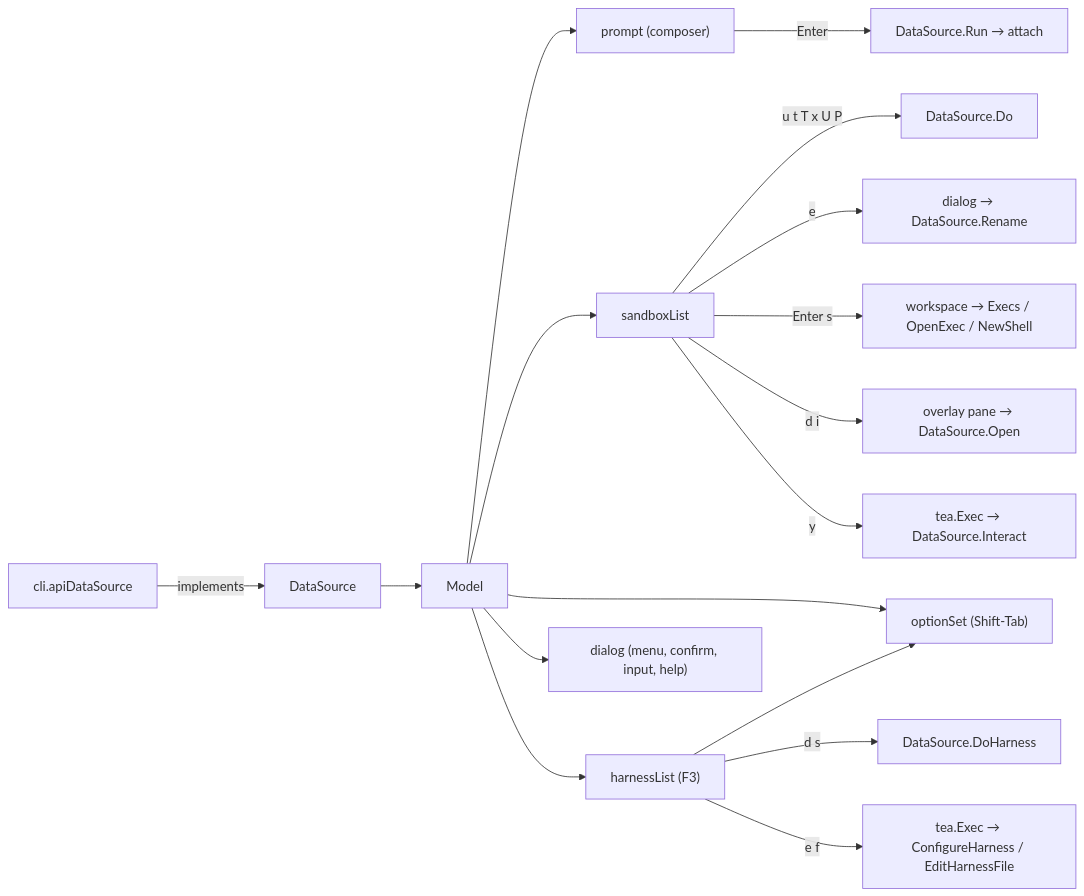
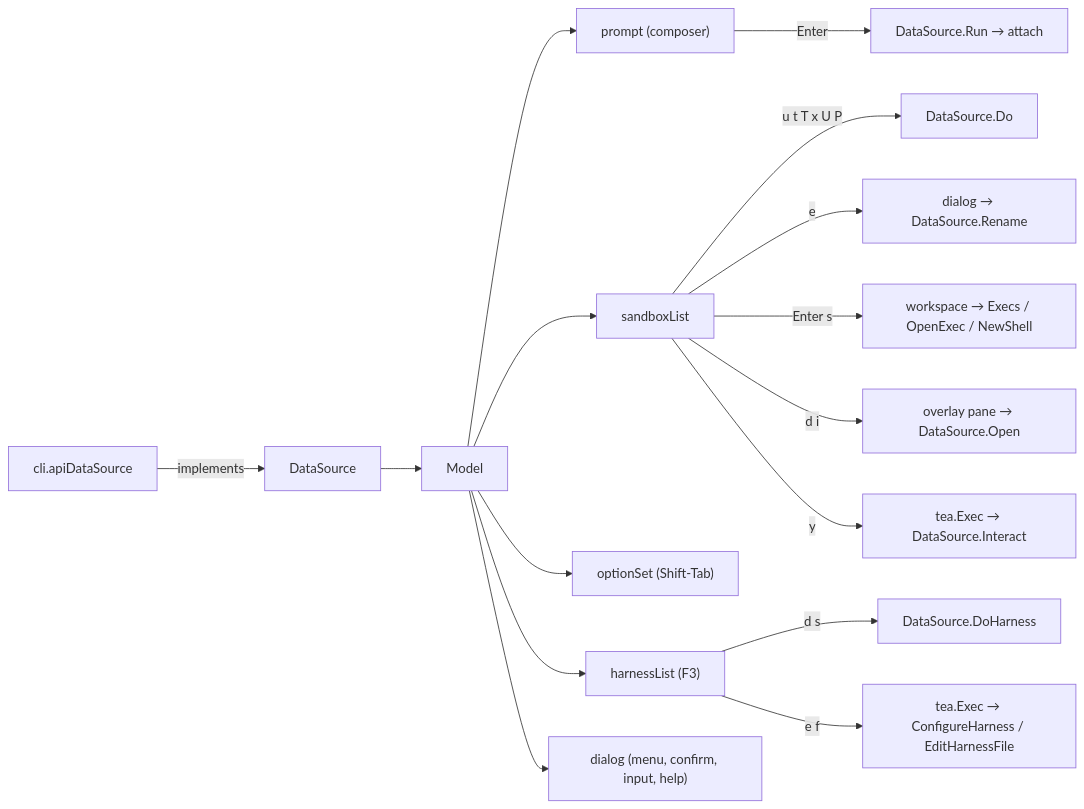
Before and after one commit to discobox-ai/discobox: the diagram in cli/internal/tui/DESIGN.md, drawn with Mermaid. The commit also changed other lines of this file and 2 other files, not shown here.

````diff
--- a/cli/internal/tui/DESIGN.md
+++ b/cli/internal/tui/DESIGN.md
@@ -12,19 +12,18 @@
 ```mermaid
 flowchart LR
     CLI["cli.apiDataSource"] -->|implements| DS["DataSource"]
     DS --> M["Model"]
     M --> P["prompt (composer)"]
     M --> L["sandboxList"]
     M --> O["optionSet (Shift-Tab)"]
     M --> A["harnessList (F3)"]
     M --> D["dialog (menu, confirm, input, help)"]
     P -->|Enter| Run["DataSource.Run → attach"]
     L -->|u t T x U P| Verb["DataSource.Do"]
     L -->|e| Rename["dialog → DataSource.Rename"]
     L -->|Enter s| WS["workspace → Execs / OpenExec / NewShell"]
     L -->|d i| Overlay["overlay pane → DataSource.Open"]
     L -->|y| Exec["tea.Exec → DataSource.Interact"]
     A -->|d s| AVerb["DataSource.DoHarness"]
     A -->|e f| AExec["tea.Exec → ConfigureHarness / EditHarnessFile"]
-    A --> O
 ```
````
